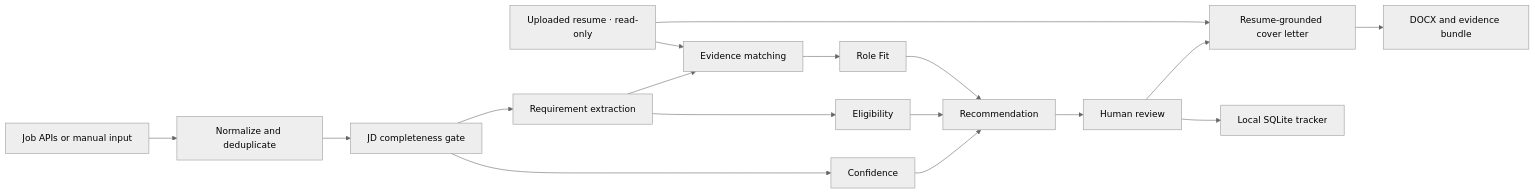
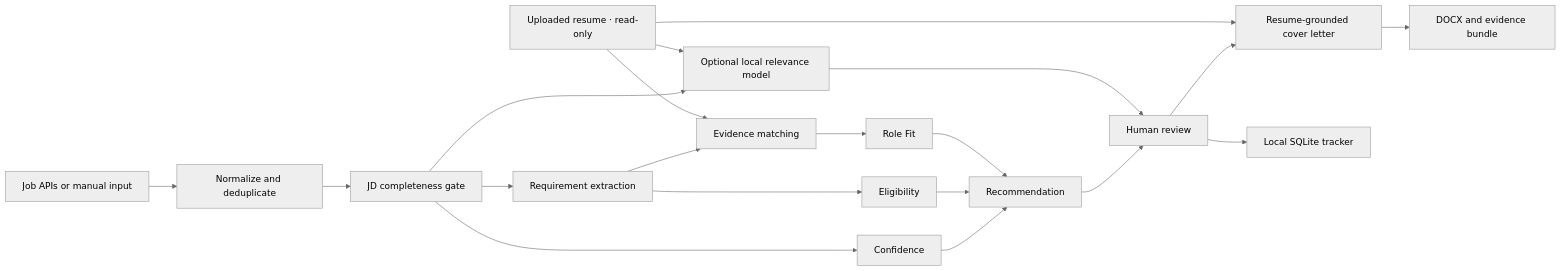
One commit to Xieyizhou/job-application-copilot changed the diagram in README.md. Above: the diagram before and after it, drawn with Mermaid (neutral theme). The commit also changed other lines of this file and 37 other files, not shown here.

Commit message:
Add local relevance and robust JD quality checks

````diff
--- a/README.md
+++ b/README.md
@@ -75,19 +81,22 @@
 ```mermaid
 flowchart LR
     A["Job APIs or manual input"] --> B["Normalize and deduplicate"]
     B --> C["JD completeness gate"]
     C --> D["Requirement extraction"]
     R["Uploaded resume · read-only"] --> E["Evidence matching"]
     D --> E
     E --> F["Role Fit"]
+    R --> ML["Optional local relevance model"]
+    C --> ML
+    ML --> J
     D --> G["Eligibility"]
     C --> H["Confidence"]
     F --> I["Recommendation"]
     G --> I
     H --> I
     I --> J["Human review"]
     R --> K["Resume-grounded cover letter"]
     J --> K
     K --> L["DOCX and evidence bundle"]
     J --> M["Local SQLite tracker"]
 ```
````
